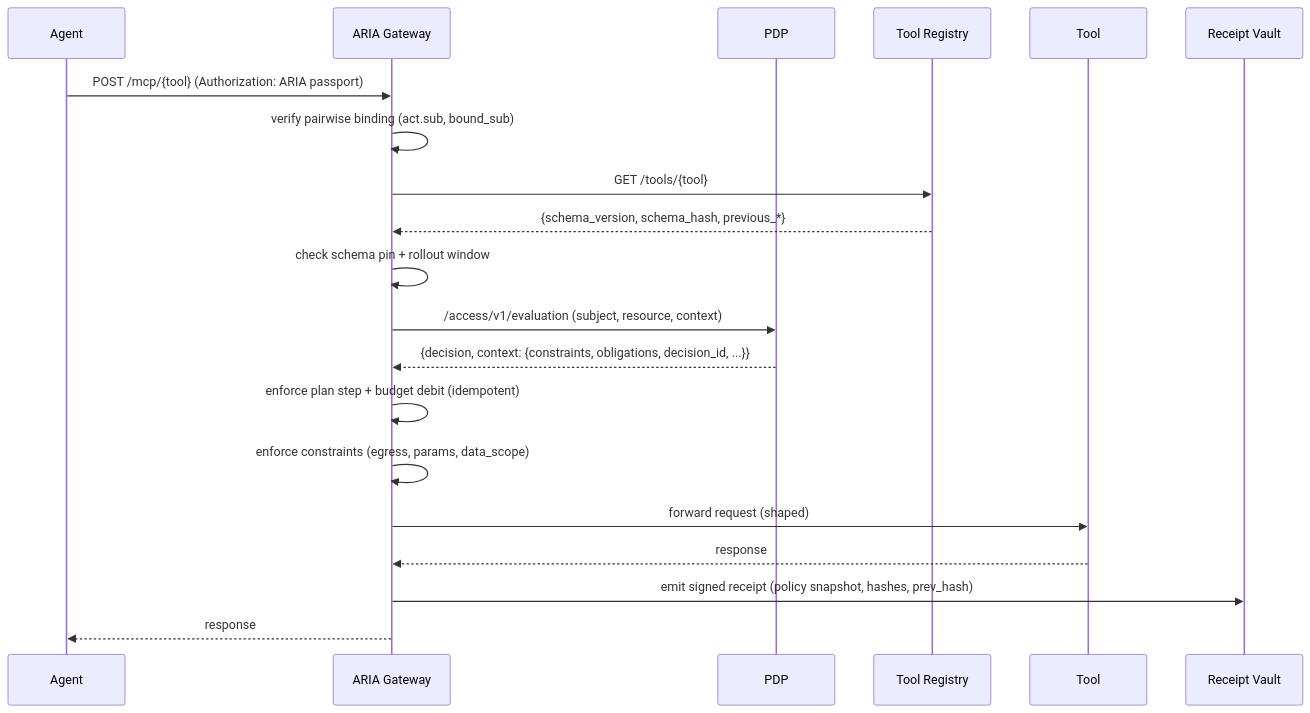
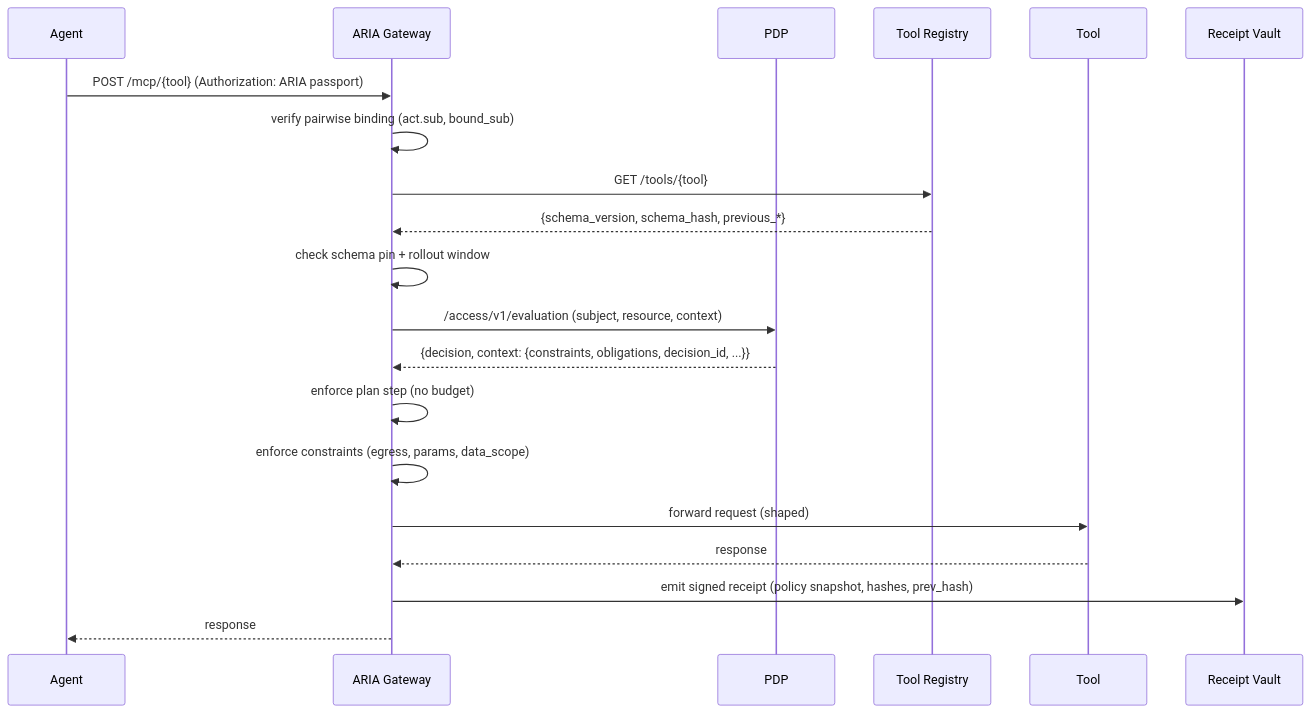
The second of 3 diagrams in docs/source_content/________newdesign10.md (empowerID/empowernow_docs), drawn with Mermaid before and after one commit. The commit also changed other lines of this file and 3 other files, not shown here.

Commit message:
docs(mcp-gateway): remove budget/402 and consent; clarify BFF-only budgets; add pdp_application; update diagrams/flows/errors

````diff
--- a/docs/source_content/________newdesign10.md
+++ b/docs/source_content/________newdesign10.md
@@ -55,23 +55,23 @@
 ```mermaid
 sequenceDiagram
   participant AG as Agent
   participant AR as ARIA Gateway
   participant PR as PDP
   participant TR as Tool Registry
   participant TL as Tool
   participant RV as Receipt Vault
 
   AG->>AR: POST /mcp/{tool} (Authorization: ARIA passport)
   AR->>AR: verify pairwise binding (act.sub, bound_sub)
   AR->>TR: GET /tools/{tool}
   TR-->>AR: {schema_version, schema_hash, previous_*}
   AR->>AR: check schema pin + rollout window
   AR->>PR: /access/v1/evaluation (subject, resource, context)
   PR-->>AR: {decision, context: {constraints, obligations, decision_id, ...}}
-  AR->>AR: enforce plan step + budget debit (idempotent)
+  AR->>AR: enforce plan step (no budget)
   AR->>AR: enforce constraints (egress, params, data_scope)
   AR->>TL: forward request (shaped)
   TL-->>AR: response
   AR->>RV: emit signed receipt (policy snapshot, hashes, prev_hash)
   AR-->>AG: response
 ```
````
